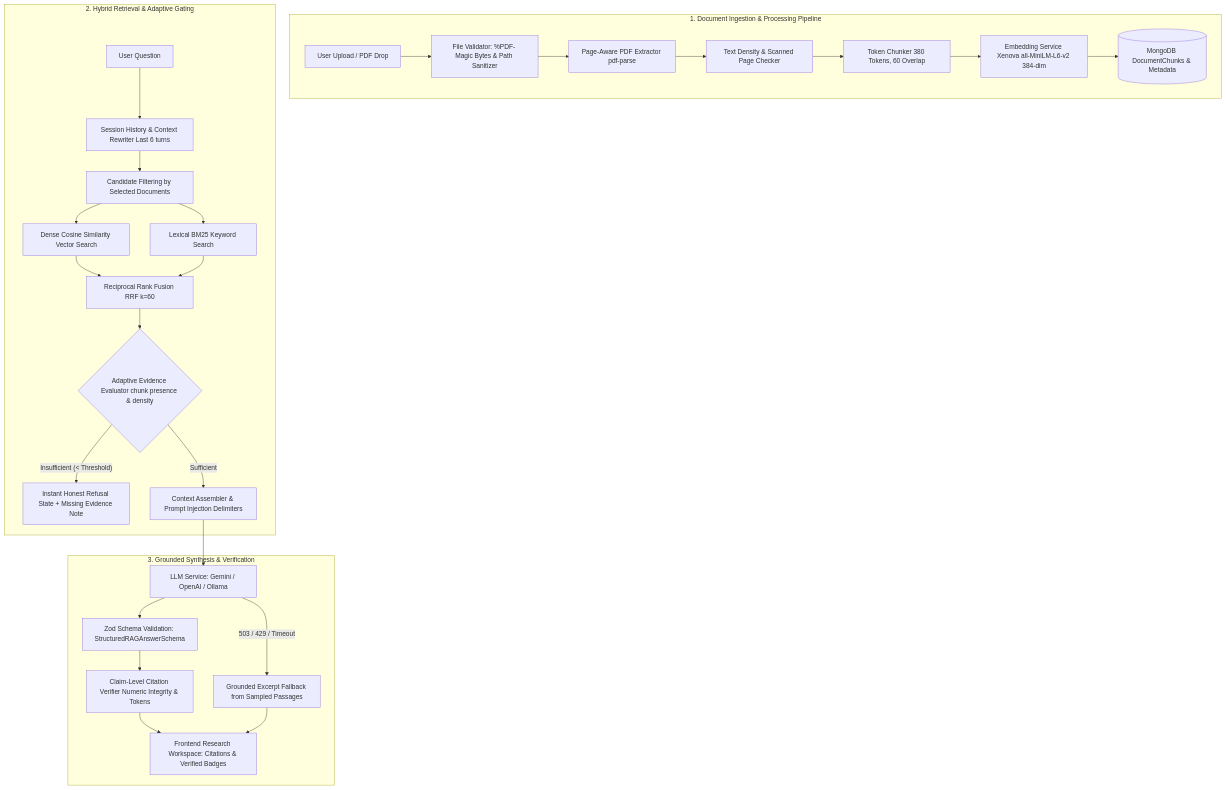
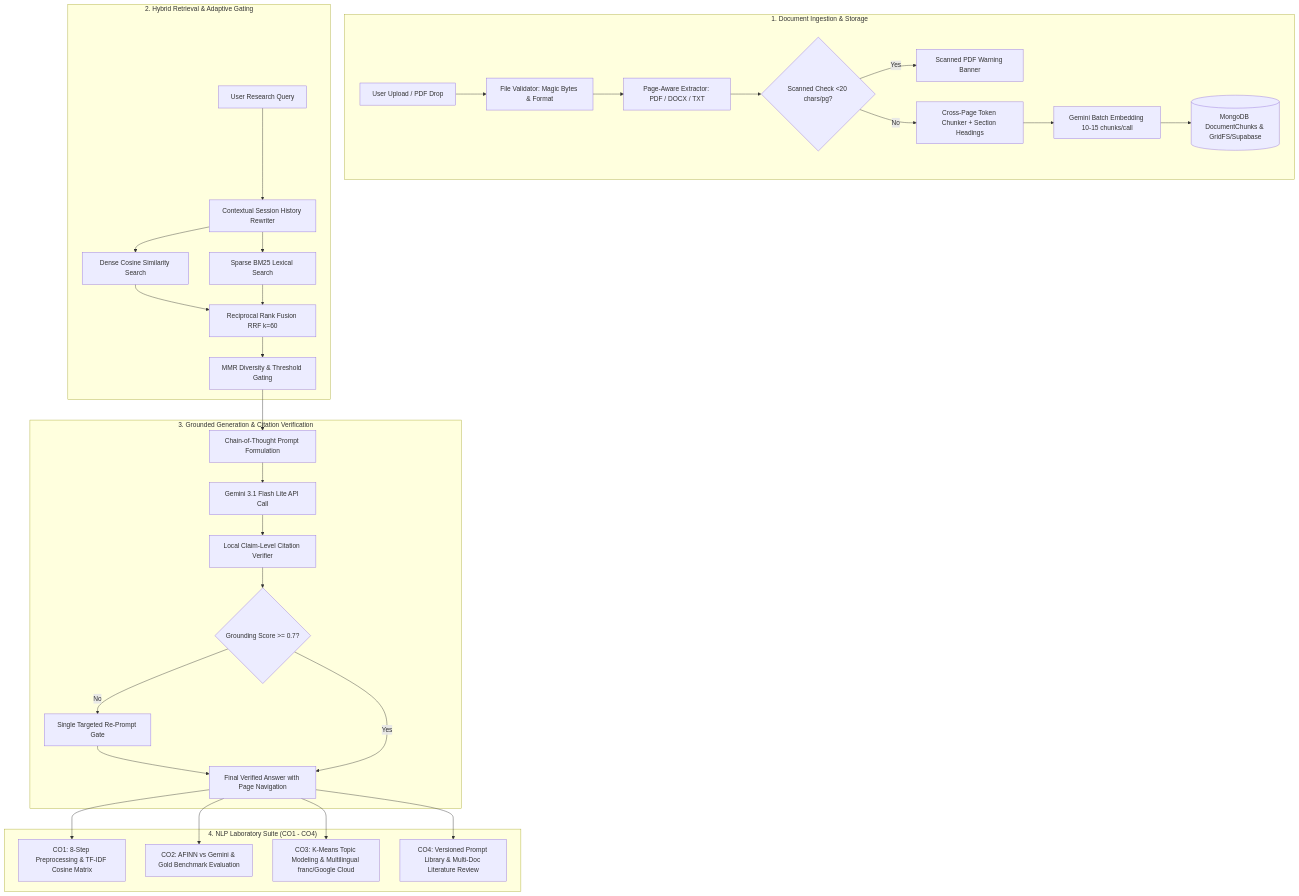
One commit to Dhanashri1010/Multi-Document-Research-Assistant changed the diagram in README.md. Above: the diagram before and after it, drawn with Mermaid. The commit also changed other lines of this file and 6 other files, not shown here.

````diff
--- a/README.md
+++ b/README.md
@@ -21,31 +29,37 @@
 ```mermaid
 flowchart TD
-    subgraph Ingestion ["1. Document Ingestion & Processing Pipeline"]
-        A[User Upload / PDF Drop] --> B[File Validator: %PDF- Magic Bytes & Path Sanitizer]
-        B --> C[Page-Aware PDF Extractor pdf-parse]
-        C --> D[Text Density & Scanned Page Checker]
-        D --> E[Token Chunker 380 Tokens, 60 Overlap]
-        E --> F[Embedding Service Xenova all-MiniLM-L6-v2 384-dim]
-        F --> G[(MongoDB DocumentChunks & Metadata)]
+    subgraph Ingestion ["1. Document Ingestion & Storage"]
+        A[User Upload / PDF Drop] --> B[File Validator: Magic Bytes & Format]
+        B --> C[Page-Aware Extractor: PDF / DOCX / TXT]
+        C --> D{Scanned Check <20 chars/pg?}
+        D -- Yes --> D1[Scanned PDF Warning Banner]
+        D -- No --> E[Cross-Page Token Chunker + Section Headings]
+        E --> F[Gemini Batch Embedding 10-15 chunks/call]
+        F --> G[(MongoDB DocumentChunks & GridFS/Supabase)]
     end
 
-    subgraph Retrieval ["2. Hybrid Retrieval & Adaptive Gating"]
-        H[User Question] --> I[Session History & Context Rewriter Last 6 turns]
-        I --> J[Candidate Filtering by Selected Documents]
-        J --> K[Dense Cosine Similarity Vector Search]
-        J --> L[Lexical BM25 Keyword Search]
-        K & L --> M[Reciprocal Rank Fusion RRF k=60]
-        M --> N{Adaptive Evidence Evaluator chunk presence & density}
-        N -- "Insufficient (< Threshold)" --> O[Instant Honest Refusal State + Missing Evidence Note]
-        N -- "Sufficient" --> P[Context Assembler & Prompt Injection Delimiters]
+    subgraph HybridRetrieval ["2. Hybrid Retrieval & Adaptive Gating"]
+        H[User Research Query] --> I[Contextual Session History Rewriter]
+        I --> J[Dense Cosine Similarity Search]
+        I --> K[Sparse BM25 Lexical Search]
+        J & K --> L[Reciprocal Rank Fusion RRF k=60]
+        L --> M[MMR Diversity & Threshold Gating]
     end
 
-    subgraph Generation ["3. Grounded Synthesis & Verification"]
-        P --> Q[LLM Service: Gemini / OpenAI / Ollama]
-        Q --> R[Zod Schema Validation: StructuredRAGAnswerSchema]
-        R --> S[Claim-Level Citation Verifier Numeric Integrity & Tokens]
-        S --> T[Frontend Research Workspace: Citations & Verified Badges]
-        Q -- "503 / 429 / Timeout" --> U[Grounded Excerpt Fallback from Sampled Passages]
-        U --> T
+    subgraph GroundedGen ["3. Grounded Generation & Citation Verification"]
+        M --> N[Chain-of-Thought Prompt Formulation]
+        N --> O[Gemini 3.1 Flash Lite API Call]
+        O --> P[Local Claim-Level Citation Verifier]
+        P --> Q{Grounding Score >= 0.7?}
+        Q -- No --> R[Single Targeted Re-Prompt Gate]
+        R --> S[Final Verified Answer with Page Navigation]
+        Q -- Yes --> S
+    end
+
+    subgraph NlpLab ["4. NLP Laboratory Suite (CO1 - CO4)"]
+        S --> T1[CO1: 8-Step Preprocessing & TF-IDF Cosine Matrix]
+        S --> T2[CO2: AFINN vs Gemini & Gold Benchmark Evaluation]
+        S --> T3[CO3: K-Means Topic Modeling & Multilingual franc/Google Cloud]
+        S --> T4[CO4: Versioned Prompt Library & Multi-Doc Literature Review]
     end
 ```
````
